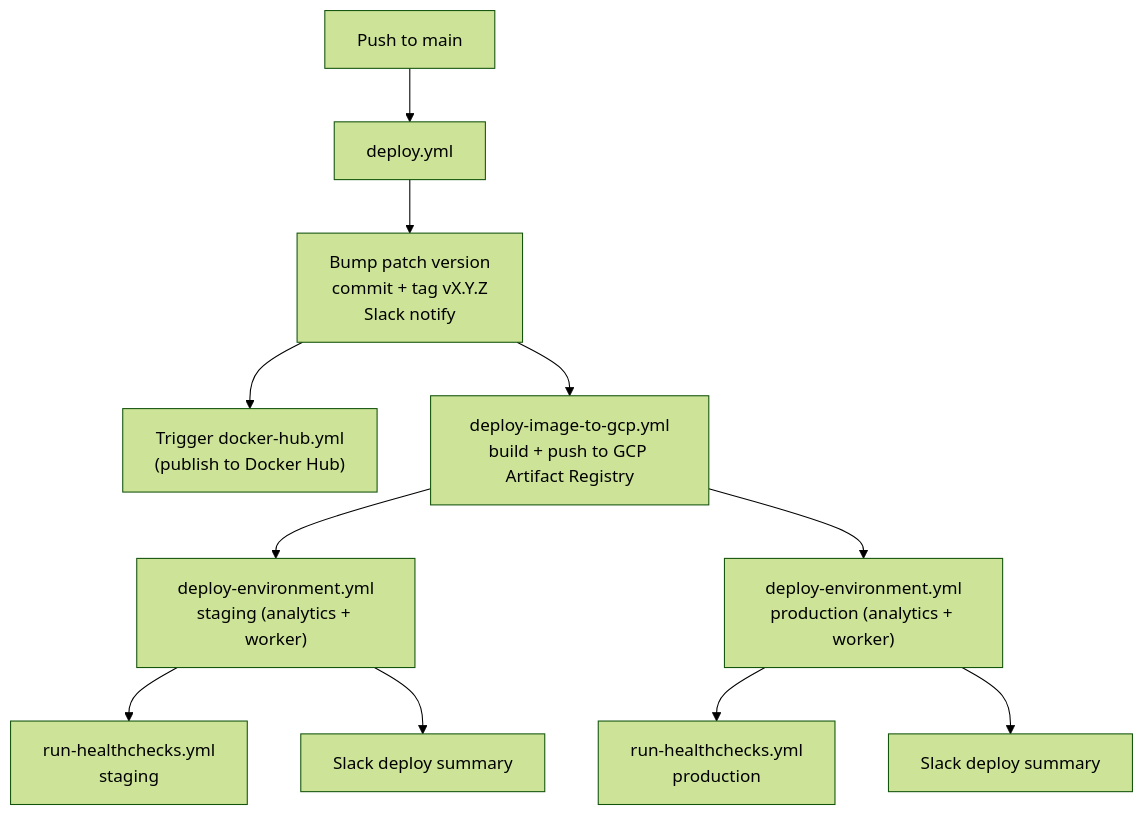
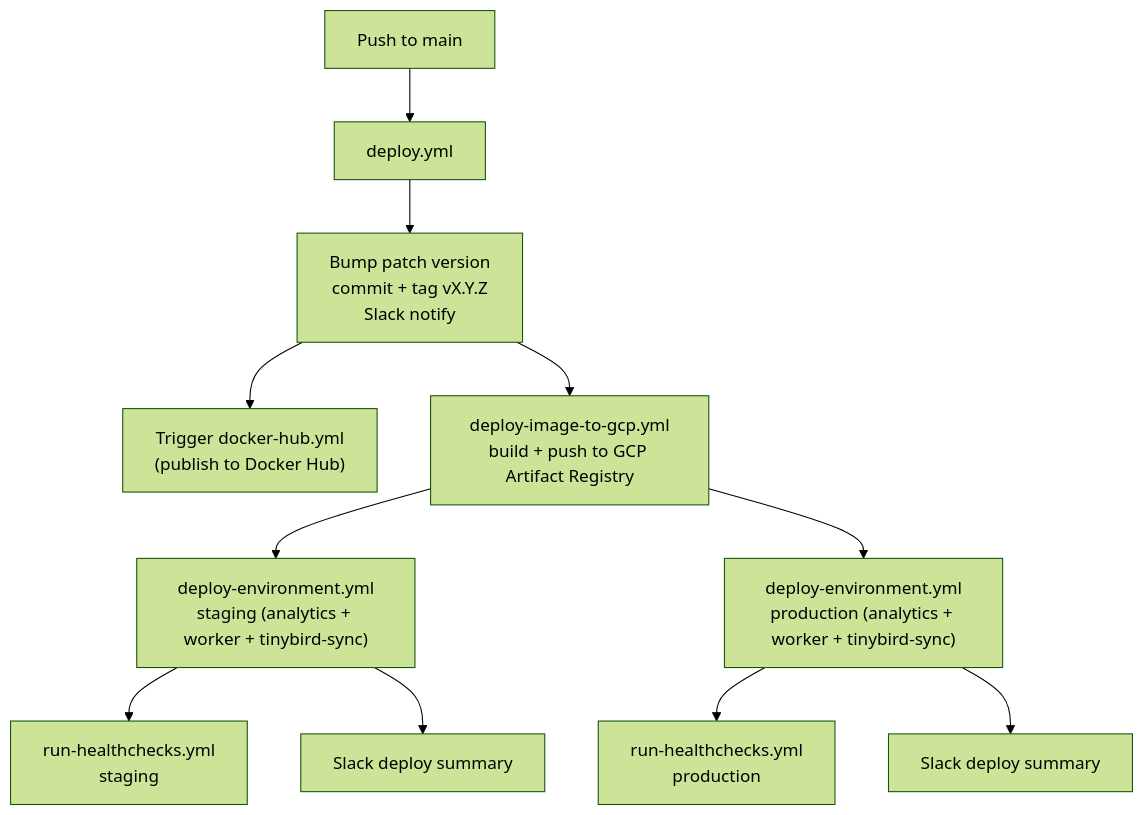
Before and after one commit to TryGhost/TrafficAnalytics: the diagram in docs/deployment.md, drawn with Mermaid (forest theme). The commit also changed other lines of this file and 14 other files, not shown here.

First line of the commit message:
Started syncing automations data to Tinybird from worker (#894)

````diff
--- a/docs/deployment.md
+++ b/docs/deployment.md
@@ -9,13 +9,13 @@
 ```mermaid
 flowchart TD
     Merge["Push to main"] --> Deploy["deploy.yml"]
     Deploy --> Bump["Bump patch version<br/>commit + tag vX.Y.Z<br/>Slack notify"]
     Bump --> DH["Trigger docker-hub.yml<br/>(publish to Docker Hub)"]
     Bump --> Build["deploy-image-to-gcp.yml<br/>build + push to GCP Artifact Registry"]
-    Build --> Stg["deploy-environment.yml<br/>staging (analytics + worker)"]
-    Build --> Prd["deploy-environment.yml<br/>production (analytics + worker)"]
+    Build --> Stg["deploy-environment.yml<br/>staging (analytics + worker + tinybird-sync)"]
+    Build --> Prd["deploy-environment.yml<br/>production (analytics + worker + tinybird-sync)"]
     Stg --> HCS["run-healthchecks.yml<br/>staging"]
     Prd --> HCP["run-healthchecks.yml<br/>production"]
     Stg --> SlackS["Slack deploy summary"]
     Prd --> SlackP["Slack deploy summary"]
 ```
````
